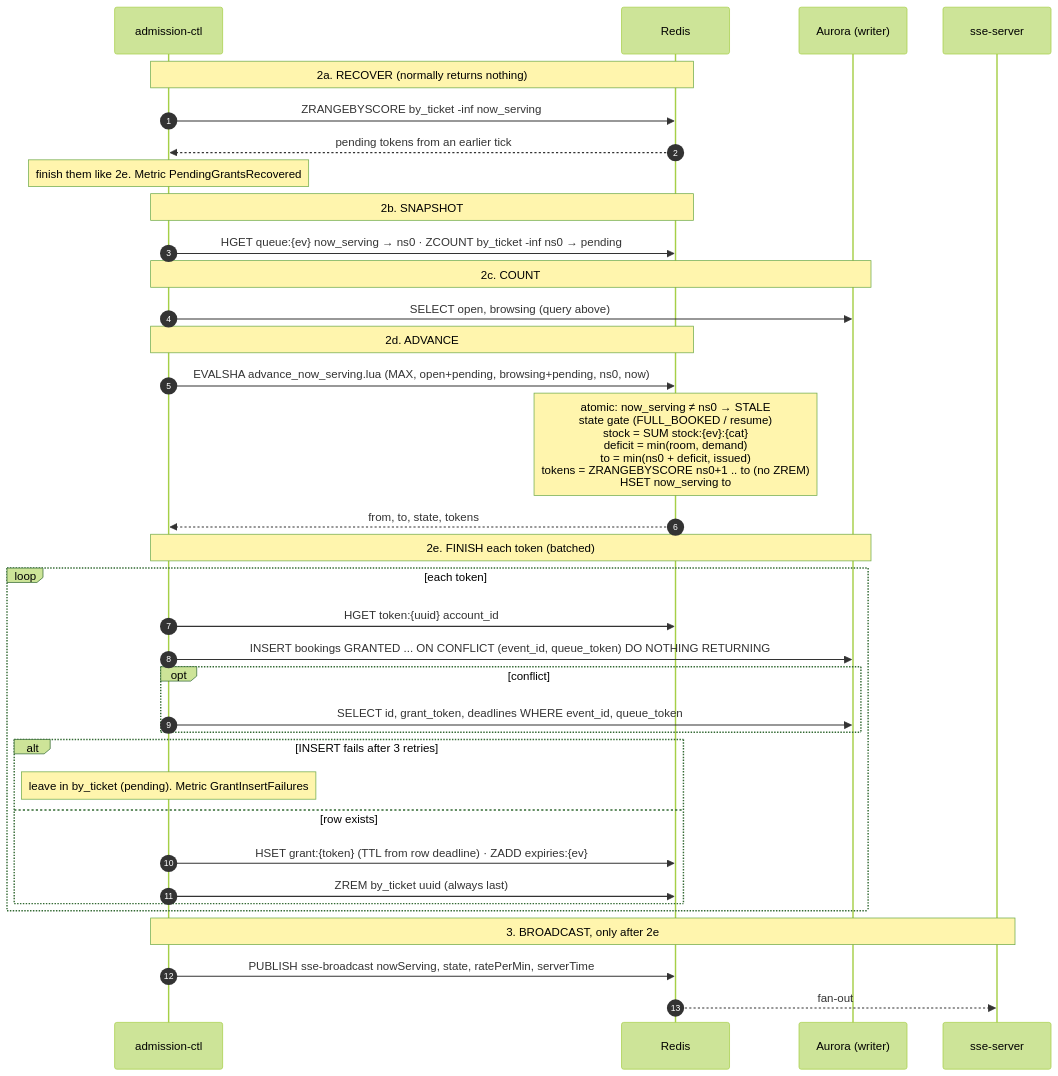
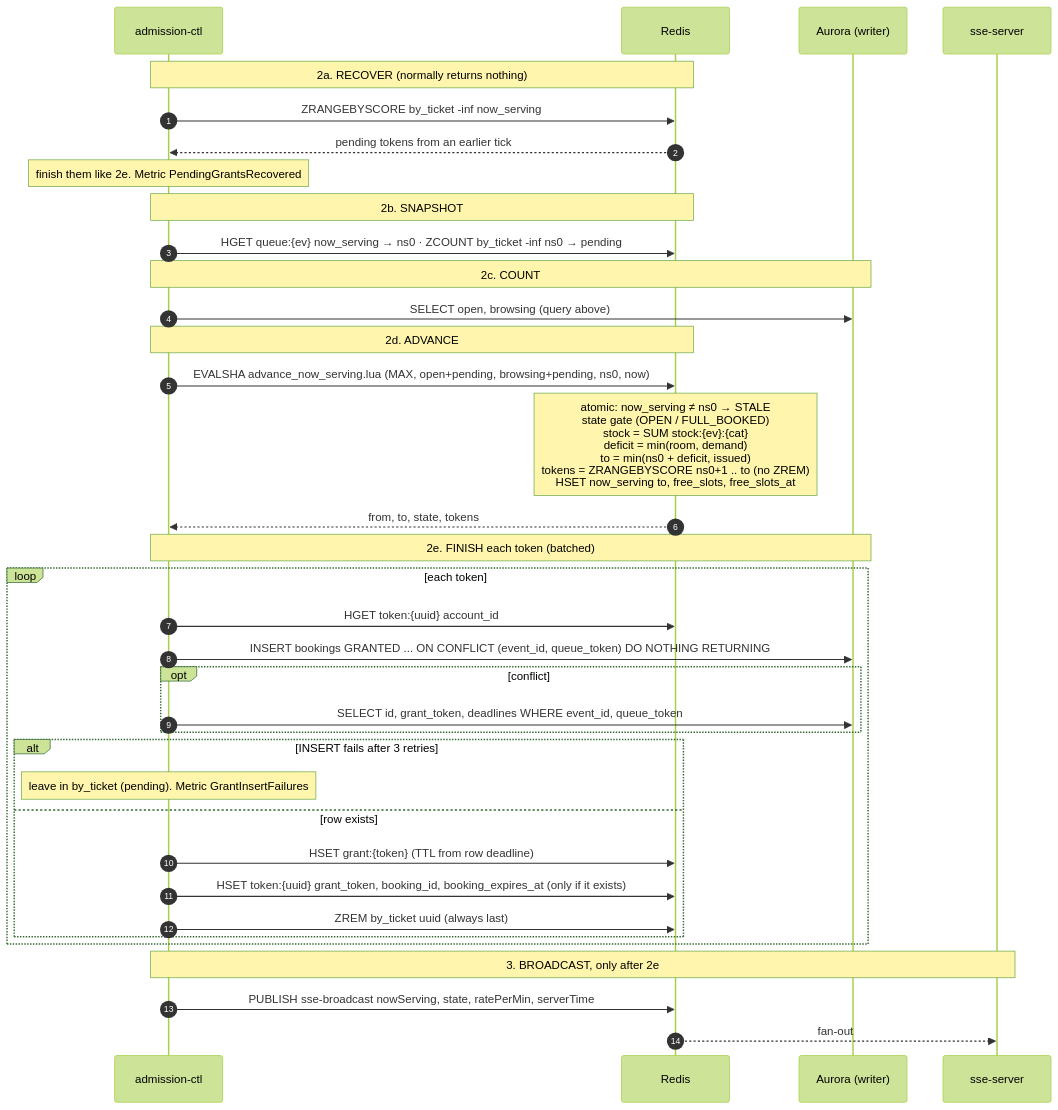
Before and after one commit to PTServerJanganTumbang-BookingTicket/be-rusuh-war-ticketing: the third of 4 diagrams in docs/04-queue/05-admission-controller.md, drawn with Mermaid (forest theme). The commit also changed other lines of this file and 35 other files, not shown here.

First line of the commit message:
refactor(redis): merge queue state, issued and full_booked_at into the queue:{ev} hash (ADR-006 §8.12)

````diff
--- a/docs/04-queue/05-admission-controller.md
+++ b/docs/04-queue/05-admission-controller.md
@@ -145,43 +154,44 @@
 ```mermaid
 sequenceDiagram
     autonumber
     participant CTL as admission-ctl
     participant R as Redis
     participant DB as Aurora (writer)
     participant SSE as sse-server
 
     Note over CTL,R: 2a. RECOVER (normally returns nothing)
     CTL->>R: ZRANGEBYSCORE by_ticket -inf now_serving
     R-->>CTL: pending tokens from an earlier tick
     Note over CTL: finish them like 2e. Metric PendingGrantsRecovered
 
     Note over CTL,R: 2b. SNAPSHOT
     CTL->>R: HGET queue:{ev} now_serving → ns0 · ZCOUNT by_ticket -inf ns0 → pending
 
     Note over CTL,DB: 2c. COUNT
     CTL->>DB: SELECT open, browsing (query above)
 
     Note over CTL,R: 2d. ADVANCE
     CTL->>R: EVALSHA advance_now_serving.lua (MAX, open+pending, browsing+pending, ns0, now)
-    Note over R: atomic: now_serving ≠ ns0 → STALE<br/>state gate (FULL_BOOKED / resume)<br/>stock = SUM stock:{ev}:{cat}<br/>deficit = min(room, demand)<br/>to = min(ns0 + deficit, issued)<br/>tokens = ZRANGEBYSCORE ns0+1 .. to (no ZREM)<br/>HSET now_serving to
+    Note over R: atomic: now_serving ≠ ns0 → STALE<br/>state gate (OPEN / FULL_BOOKED)<br/>stock = SUM stock:{ev}:{cat}<br/>deficit = min(room, demand)<br/>to = min(ns0 + deficit, issued)<br/>tokens = ZRANGEBYSCORE ns0+1 .. to (no ZREM)<br/>HSET now_serving to, free_slots, free_slots_at
     R-->>CTL: from, to, state, tokens
 
     Note over CTL,DB: 2e. FINISH each token (batched)
     loop each token
         CTL->>R: HGET token:{uuid} account_id
         CTL->>DB: INSERT bookings GRANTED ... ON CONFLICT (event_id, queue_token) DO NOTHING RETURNING
         opt conflict
             CTL->>DB: SELECT id, grant_token, deadlines WHERE event_id, queue_token
         end
         alt INSERT fails after 3 retries
             Note over CTL: leave in by_ticket (pending). Metric GrantInsertFailures
         else row exists
-            CTL->>R: HSET grant:{token} (TTL from row deadline) · ZADD expiries:{ev}
+            CTL->>R: HSET grant:{token} (TTL from row deadline)
+            CTL->>R: HSET token:{uuid} grant_token, booking_id, booking_expires_at (only if it exists)
             CTL->>R: ZREM by_ticket uuid (always last)
         end
     end
 
     Note over CTL,SSE: 3. BROADCAST, only after 2e
     CTL->>R: PUBLISH sse-broadcast nowServing, state, ratePerMin, serverTime
     R-->>SSE: fan-out
 ```
````
